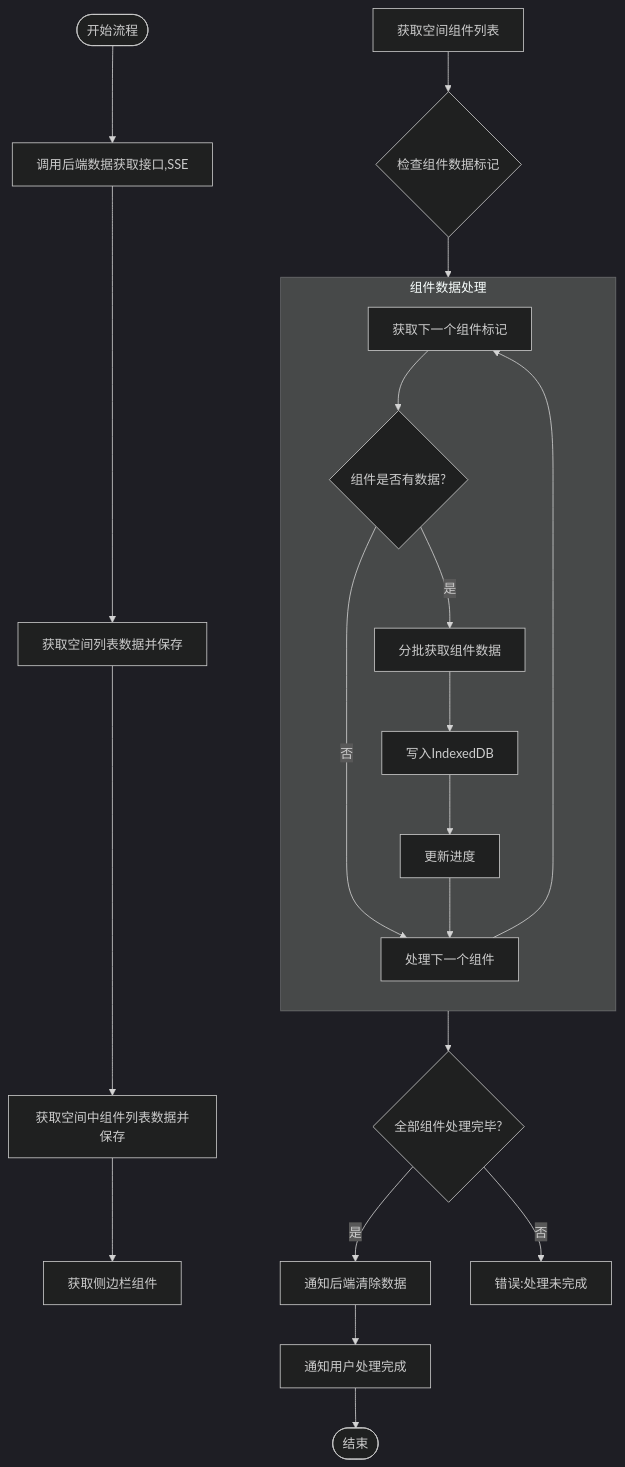
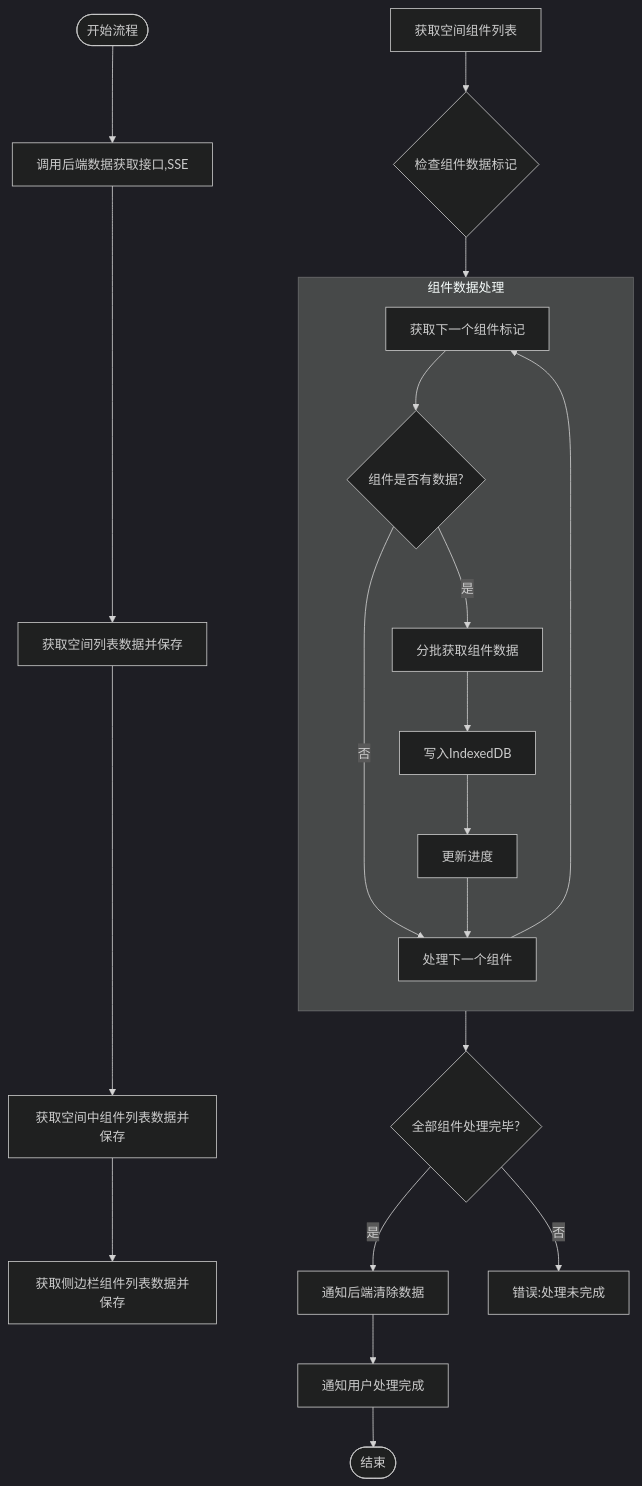
The diagram in all/未命名-59.md (yingjianzh/iodraw-files), drawn with Mermaid (dark theme) before and after one commit.

Commit message:
2025-05-14 14:53:38 update

````diff
--- a/all/未命名-59.md
+++ b/all/未命名-59.md
@@ -1,34 +1,36 @@
 ```mermaid
 
 flowchart TD
     Start([开始流程]) --> FetchData[调用后端数据获取接口,SSE]
     FetchData --> FetchSpaceData[获取空间列表数据并保存]
    
     FetchSpaceData --> FetchSpaceComponent[获取空间中组件列表数据并保存]
 
-    FetchSpaceComponent --> FetchSiderComponent[获取侧边栏组件]
+    FetchSpaceComponent --> FetchSiderComponent[获取侧边栏组件列表数据并保存]
+
+    
     
     FetchComponentList[获取空间组件列表]
     FetchComponentList --> CheckComponentData{检查组件数据标记}
     
     subgraph ComponentProcess [组件数据处理]
         direction TB
         A[获取下一个组件标记] --> B{组件是否有数据?}
         B -->|否| NextComponent[处理下一个组件]
         B -->|是| C[分批获取组件数据]
         C --> D[写入IndexedDB]
         D --> UpdateProgress[更新进度]
         UpdateProgress --> NextComponent
         NextComponent --> A
     end
     
     CheckComponentData --> ComponentProcess
     ComponentProcess --> AllComponentsProcessed{全部组件处理完毕?}
     
     AllComponentsProcessed -->|是| ClearServerData[通知后端清除数据]
     AllComponentsProcessed -->|否| Error3[错误:处理未完成]
     
     ClearServerData --> CompletionNotification[通知用户处理完成]
     CompletionNotification --> End([结束])
 
 ```
````
